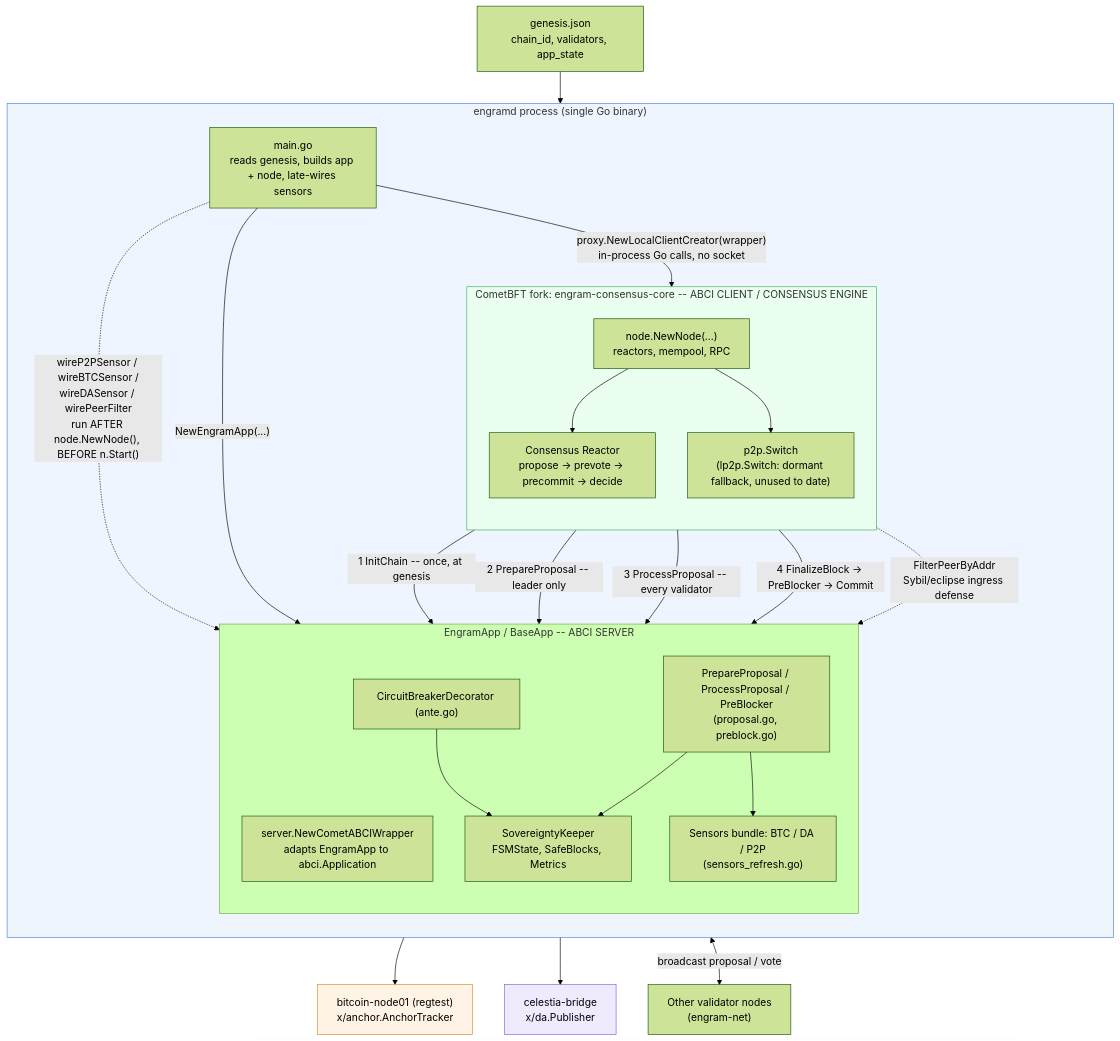
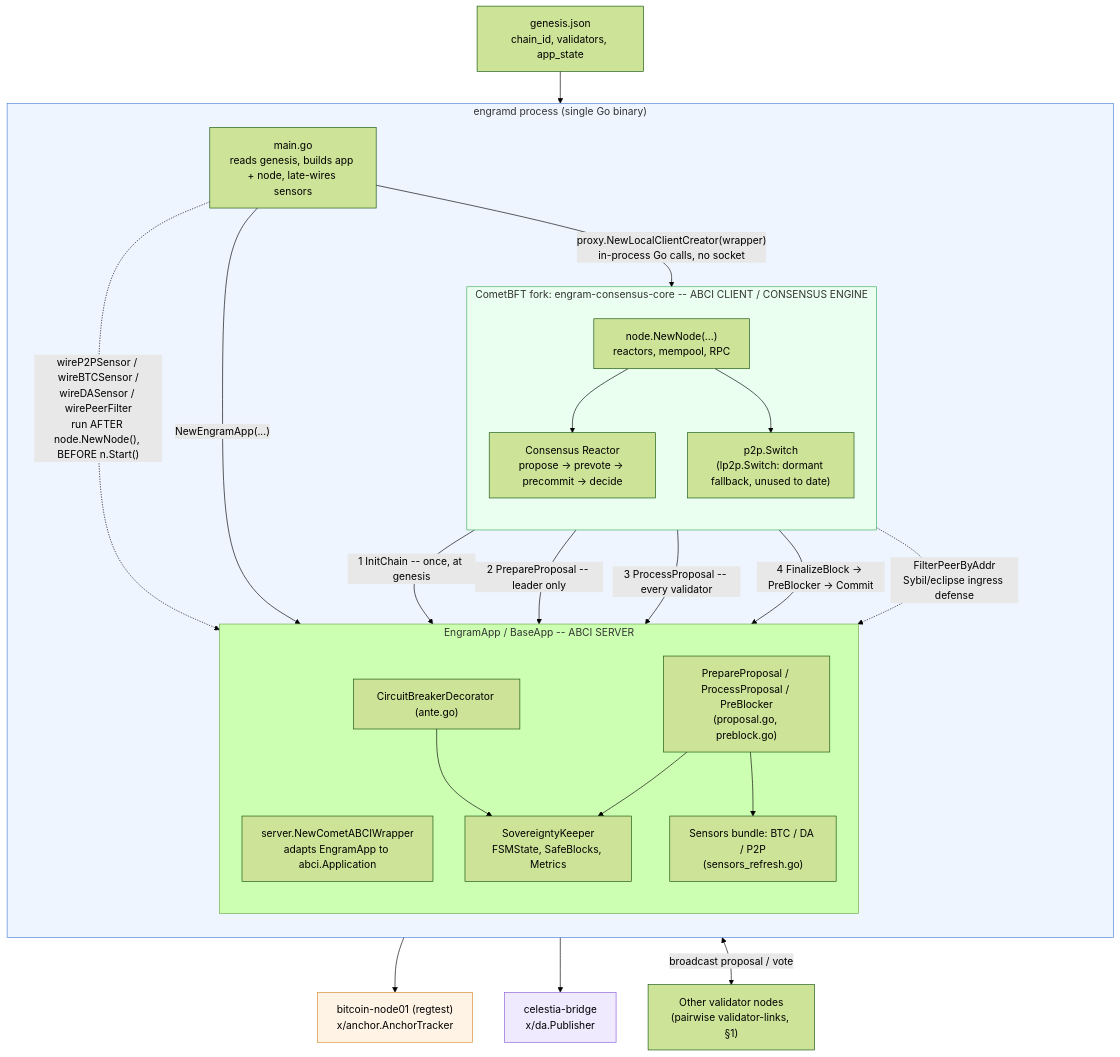
The second of 3 diagrams in docs/ARCHITECTURE.md (cuongct924/engram-sovereign-fsm), drawn with Mermaid (forest theme) before and after one commit. The commit also changed other lines of this file and 5 other files, not shown here.

````diff
--- a/docs/ARCHITECTURE.md
+++ b/docs/ARCHITECTURE.md
@@ -157,55 +162,55 @@
 ```mermaid
 flowchart TB
     genfile["genesis.json<br/>chain_id, validators, app_state"]
 
     subgraph PROC["engramd process (single Go binary)"]
         direction TB
         mainfn["main.go<br/>reads genesis, builds app + node, late-wires sensors"]
 
         subgraph APP["EngramApp / BaseApp -- ABCI SERVER"]
             direction TB
             wrapper["server.NewCometABCIWrapper<br/>adapts EngramApp to abci.Application"]
             ante["CircuitBreakerDecorator (ante.go)"]
             hooks["PrepareProposal / ProcessProposal / PreBlocker<br/>(proposal.go, preblock.go)"]
             keeper["SovereigntyKeeper<br/>FSMState, SafeBlocks, Metrics"]
             sensors["Sensors bundle: BTC / DA / P2P<br/>(sensors_refresh.go)"]
         end
 
         subgraph NODE["CometBFT fork: engram-consensus-core -- ABCI CLIENT / CONSENSUS ENGINE"]
             direction TB
             nodenew["node.NewNode(...)<br/>reactors, mempool, RPC"]
             consensus["Consensus Reactor<br/>propose -> prevote -> precommit -> decide"]
             pswitch["p2p.Switch<br/>(lp2p.Switch: dormant fallback, unused to date)"]
         end
     end
 
-    peer1["Other validator nodes<br/>(engram-net)"]
+    peer1["Other validator nodes<br/>(pairwise validator-links, §1)"]
     btc["bitcoin-node01 (regtest)<br/>x/anchor.AnchorTracker"]
     celestia["celestia-bridge<br/>x/da.Publisher"]
 
     genfile --> mainfn
     mainfn -->|"NewEngramApp(...)"| APP
     mainfn -->|"proxy.NewLocalClientCreator(wrapper)<br/>in-process Go calls, no socket"| nodenew
     nodenew --> consensus
     nodenew --> pswitch
     mainfn -.->|"wireP2PSensor / wireBTCSensor /<br/>wireDASensor / wirePeerFilter<br/>run AFTER node.NewNode(), BEFORE n.Start()"| sensors
 
     consensus -->|"1 InitChain -- once, at genesis"| hooks
     consensus -->|"2 PrepareProposal -- leader only"| hooks
     consensus -->|"3 ProcessProposal -- every validator"| hooks
     consensus -->|"4 FinalizeBlock -> PreBlocker -> Commit"| hooks
 
     hooks --> keeper
     hooks --> sensors
     ante --> keeper
     sensors --> btc
     sensors --> celestia
 
     pswitch <-->|"broadcast proposal / vote"| peer1
     pswitch -.->|"FilterPeerByAddr<br/>Sybil/eclipse ingress defense"| keeper
 
     style PROC fill:#eef5ff,stroke:#4a7fd6
     style NODE fill:#eaffef,stroke:#3fae5c
     style btc fill:#fff3e6,stroke:#d68a30
     style celestia fill:#f0eaff,stroke:#8a5fd6
 ```
````
